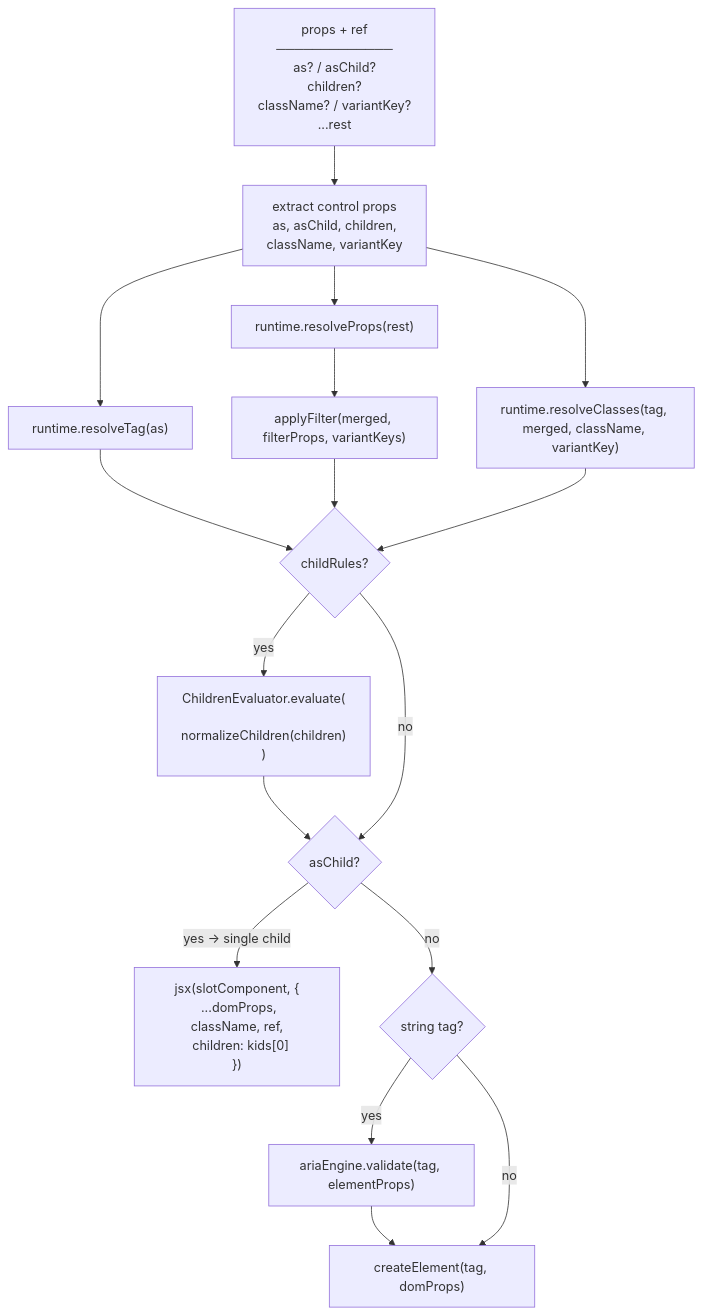
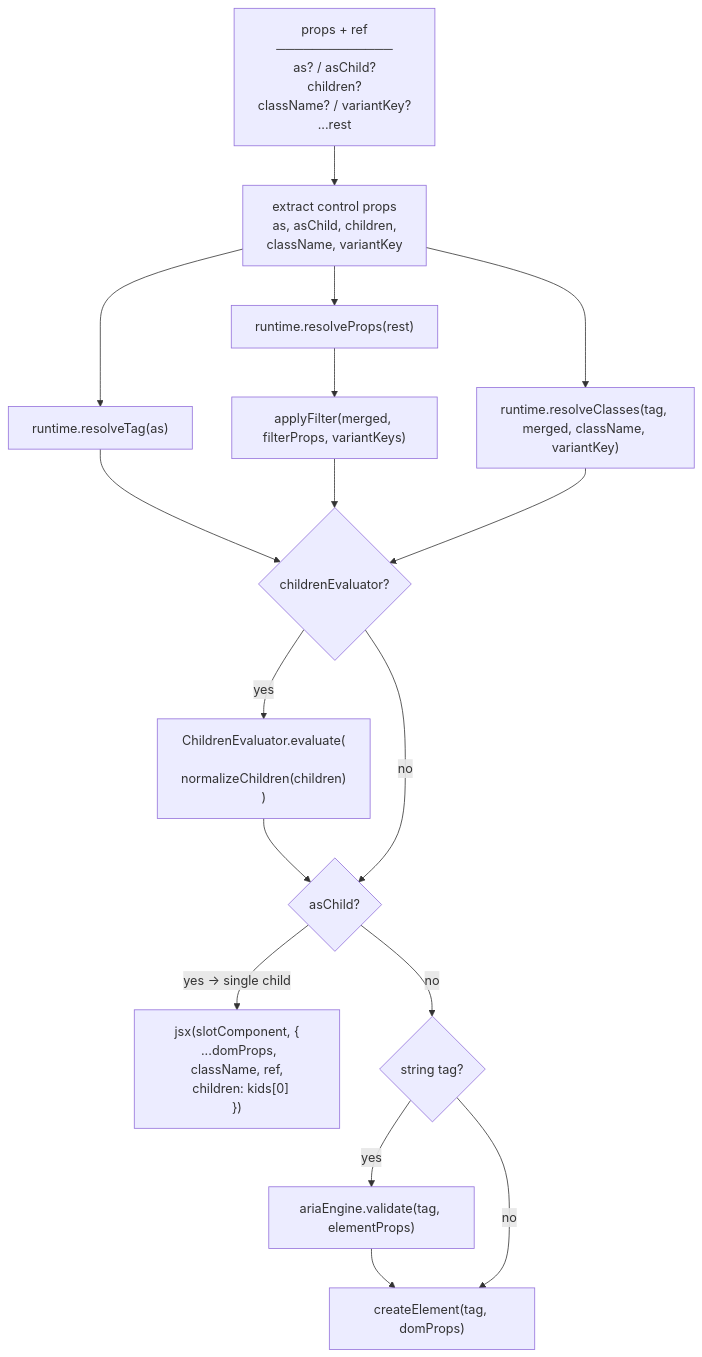
The ninth of 10 diagrams in ARCHITECTURE.md (slowebworkz/praxis-kit), drawn with Mermaid before and after one commit. The commit also changed other lines of this file and 1 other file, not shown here.

````diff
--- a/ARCHITECTURE.md
+++ b/ARCHITECTURE.md
@@ -487,45 +491,45 @@
 ```mermaid
 flowchart TD
     input["props + ref
 ─────────────
 as? / asChild?
 children?
 className? / variantKey?
 ...rest"]
 
     extract["extract control props
 as, asChild, children,
 className, variantKey"]
 
     tag["runtime.resolveTag(as)"]
     merged["runtime.resolveProps(rest)"]
     cls["runtime.resolveClasses(tag, merged, className, variantKey)"]
     filter["applyFilter(merged, filterProps, variantKeys)"]
 
-    childEval{"childRules?"}
+    childEval{"childrenEvaluator?"}
     evaluate["ChildrenEvaluator.evaluate(
   normalizeChildren(children)
 )"]
 
     asChildBranch{"asChild?"}
 
     slotRender["jsx(slotComponent, {
   ...domProps, className, ref,
   children: kids[0]
 })"]
 
     ariaGuard{"string tag?"}
     aria["ariaEngine.validate(tag, elementProps)"]
     normalRender["createElement(tag, domProps)"]
 
     input --> extract
     extract --> tag & merged & cls
     merged --> filter
     tag & filter & cls --> childEval
     childEval -- yes --> evaluate --> asChildBranch
     childEval -- no --> asChildBranch
     asChildBranch -- yes → single child --> slotRender
     asChildBranch -- no --> ariaGuard
     ariaGuard -- yes --> aria --> normalRender
     ariaGuard -- no  --> normalRender
 ```
````
